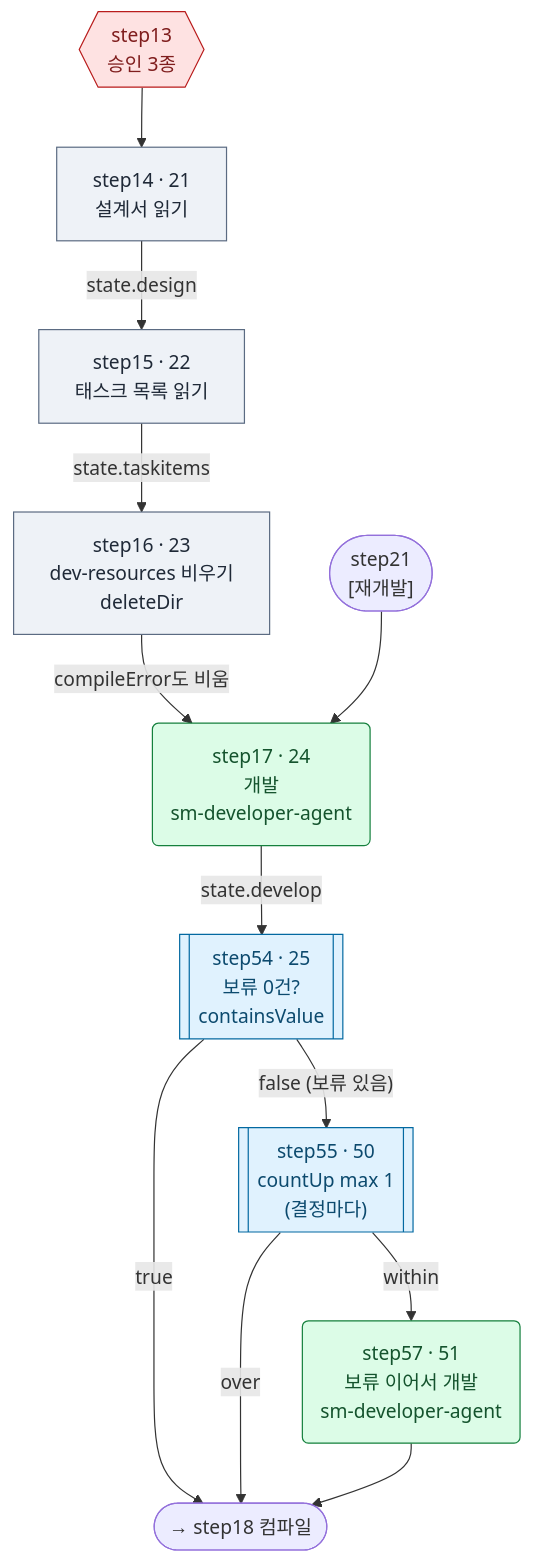
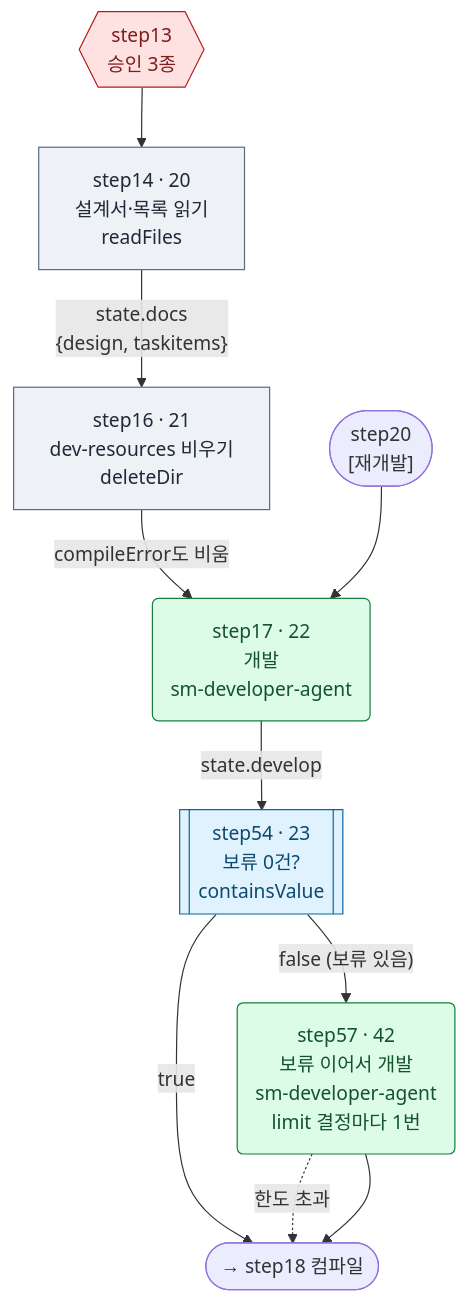
Diagram 11 of 24 in docs/09.dstone-ai-engine-sm-workflow.md (YongSoekChoeng/dstone), drawn with Mermaid before and after one commit. The commit also changed other lines of this file and 26 other files, not shown here.

First line of the commit message:
ai-engine: step 한도(limit)와 시작 시각 설정, sm-workflow 2.11.0 노드 줄이기(58 → 48)

````diff
--- a/docs/09.dstone-ai-engine-sm-workflow.md
+++ b/docs/09.dstone-ai-engine-sm-workflow.md
@@ -912,19 +882,17 @@
 ```mermaid
 flowchart TD
-    step13{{"step13<br/>승인 3종"}}:::appr --> step14["step14 · 21<br/>설계서 읽기"]:::tool
-    step14 -->|state.design| step15["step15 · 22<br/>태스크 목록 읽기"]:::tool
-    step15 -->|state.taskitems| step16["step16 · 23<br/>dev-resources 비우기<br/>deleteDir"]:::tool
-    step16 -->|"compileError도 비움"| step17("step17 · 24<br/>개발<br/>sm-developer-agent"):::agent
-    RE(["step21<br/>[재개발]"]) --> step17
-    step17 -->|state.develop| step54[["step54 · 25<br/>보류 0건?<br/>containsValue"]]:::route
+    step13{{"step13<br/>승인 3종"}}:::appr --> step14["step14 · 20<br/>설계서·목록 읽기<br/>readFiles"]:::tool
+    step14 -->|"state.docs<br/>{design, taskitems}"| step16["step16 · 21<br/>dev-resources 비우기<br/>deleteDir"]:::tool
+    step16 -->|"compileError도 비움"| step17("step17 · 22<br/>개발<br/>sm-developer-agent"):::agent
+    RE(["step20<br/>[재개발]"]) --> step17
+    step17 -->|state.develop| step54[["step54 · 23<br/>보류 0건?<br/>containsValue"]]:::route
     step54 -->|"true"| step18(["→ step18 컴파일"])
-    step54 -->|"false (보류 있음)"| step55[["step55 · 50<br/>countUp max 1<br/>(결정마다)"]]:::route
-    step55 -->|within| step57("step57 · 51<br/>보류 이어서 개발<br/>sm-developer-agent"):::agent
-    step55 -->|over| step18
+    step54 -->|"false (보류 있음)"| step57("step57 · 42<br/>보류 이어서 개발<br/>sm-developer-agent<br/>limit 결정마다 1번"):::agent
+    step57 -.->|한도 초과| step18
     step57 --> step18
 
     classDef tool fill:#eef2f7,stroke:#5b6b82,color:#1f2937
     classDef route fill:#e0f2fe,stroke:#0369a1,color:#0c4a6e
     classDef agent fill:#dcfce7,stroke:#15803d,color:#14532d
     classDef appr fill:#fee2e2,stroke:#b91c1c,color:#7f1d1d
 ```
````
